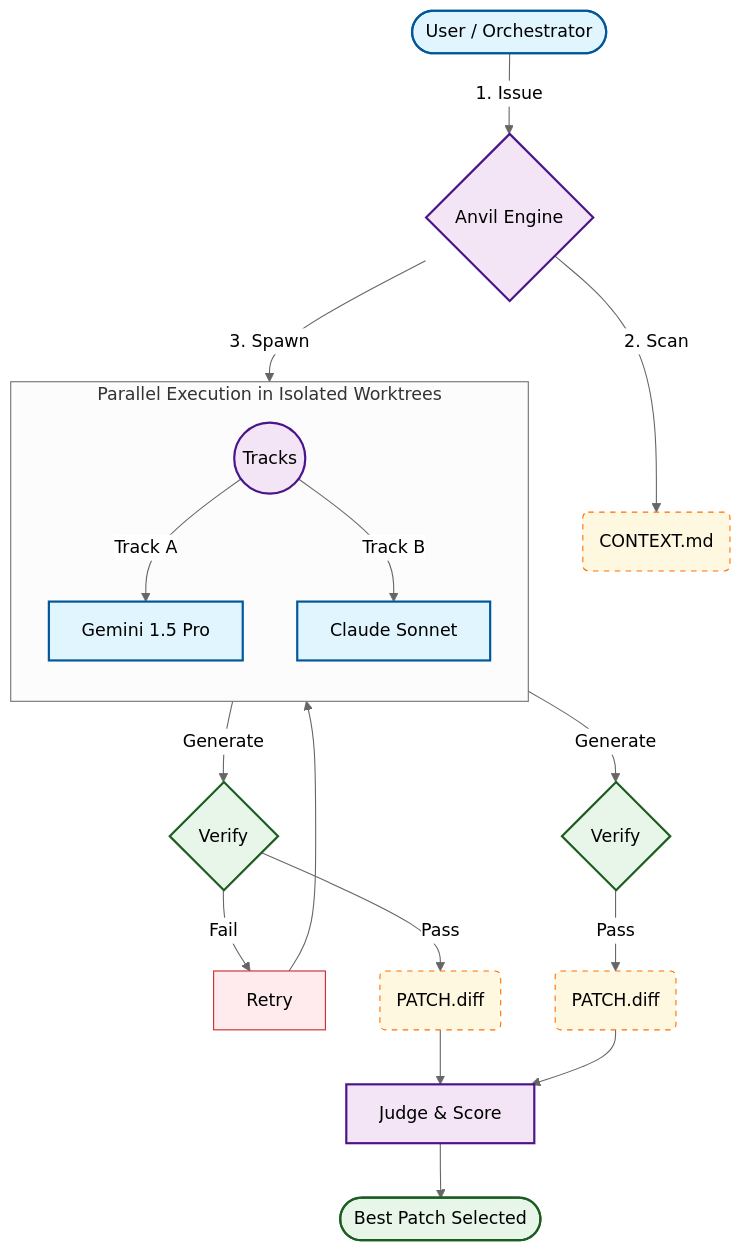
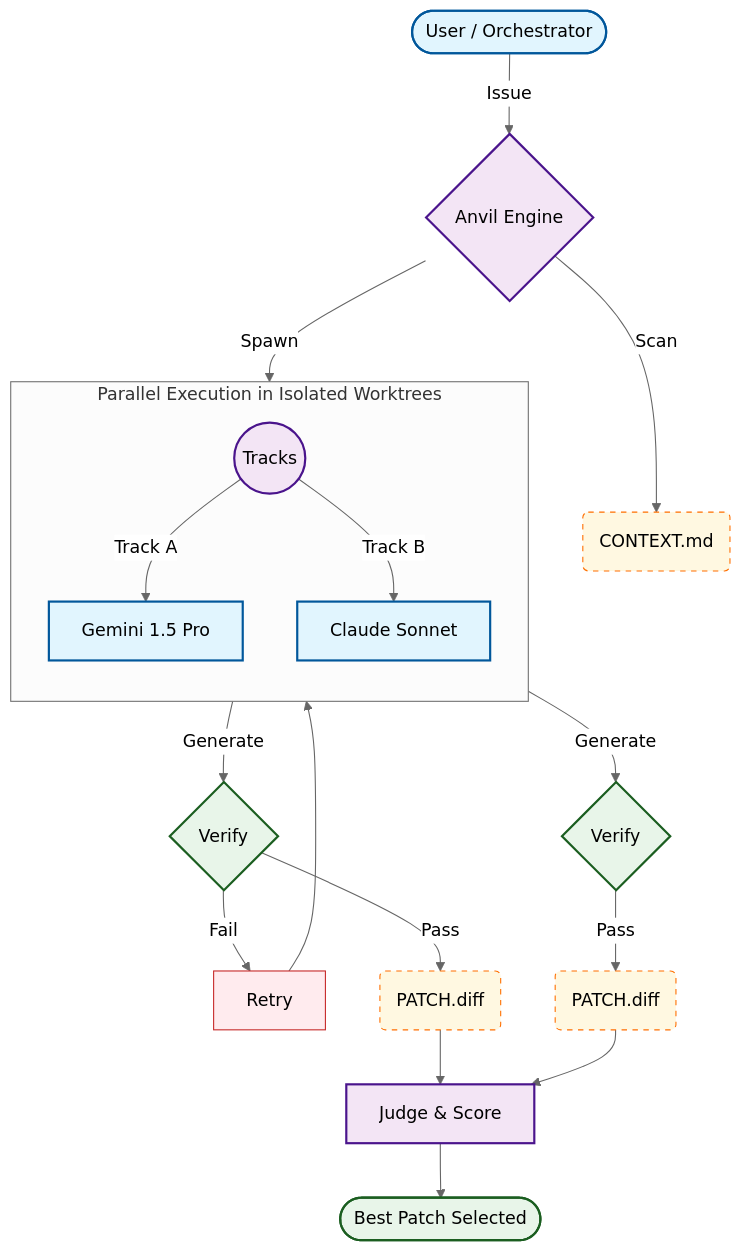
Before and after one commit to grahama1970/anvil: the diagram in README.md, drawn with Mermaid (neutral theme).

Commit message:
docs: sanitize mermaid labels (remove numbers, add quotes)

````diff
--- a/README.md
+++ b/README.md
@@ -50,42 +50,42 @@
 ```mermaid
 flowchart TD
     %% Nodes
-    User([User / Orchestrator])
-    Anvil{Anvil Engine}
-    Context(CONTEXT.md)
-    Judge[Judge & Score]
-    Winner([Best Patch Selected])
-    Dispatcher((Tracks))
+    User(["User / Orchestrator"])
+    Anvil{"Anvil Engine"}
+    Context("CONTEXT.md")
+    Judge["Judge & Score"]
+    Winner(["Best Patch Selected"])
+    Dispatcher(("Tracks"))
 
     %% Styles
     classDef actor fill:#e1f5fe,stroke:#01579b,stroke-width:2px,color:#000
     classDef process fill:#f3e5f5,stroke:#4a148c,stroke-width:2px,color:#000
     classDef file fill:#fff8e1,stroke:#ff6f00,stroke-width:1px,stroke-dasharray: 5 5,color:#000
     classDef decision fill:#e8f5e9,stroke:#1b5e20,stroke-width:2px,color:#000
     classDef fail fill:#ffebee,stroke:#c62828,stroke-width:1px,color:#000
 
     %% Main Flow
-    User:::actor -->|1. Issue| Anvil:::process
-    Anvil -->|2. Scan| Context:::file
-    Anvil -->|3. Spawn| Dispatcher:::process
+    User:::actor -->|"Issue"| Anvil:::process
+    Anvil -->|"Scan"| Context:::file
+    Anvil -->|"Spawn"| Dispatcher:::process
 
-    subgraph Worktrees [Parallel Execution in Isolated Worktrees]
+    subgraph Worktrees ["Parallel Execution in Isolated Worktrees"]
         direction TB
-        Dispatcher -->|Track A| Gemini[Gemini 1.5 Pro]:::actor
-        Dispatcher -->|Track B| Claude[Claude Sonnet]:::actor
+        Dispatcher -->|"Track A"| Gemini["Gemini 1.5 Pro"]:::actor
+        Dispatcher -->|"Track B"| Claude["Claude Sonnet"]:::actor
     end
 
     %% Track A Cycle
-    Gemini -->|Generate| VerifyG{Verify}:::decision
-    VerifyG -->|Fail| RetryG[Retry]:::fail
+    Gemini -->|"Generate"| VerifyG{"Verify"}:::decision
+    VerifyG -->|"Fail"| RetryG["Retry"]:::fail
     RetryG --> Gemini
-    VerifyG -->|Pass| PatchG(PATCH.diff):::file
+    VerifyG -->|"Pass"| PatchG("PATCH.diff"):::file
 
     %% Track B Cycle
-    Claude -->|Generate| VerifyC{Verify}:::decision
-    VerifyC -->|Pass| PatchC(PATCH.diff):::file
+    Claude -->|"Generate"| VerifyC{"Verify"}:::decision
+    VerifyC -->|"Pass"| PatchC("PATCH.diff"):::file
 
     %% Merging
     PatchG & PatchC --> Judge:::process
     Judge --> Winner:::decision
 ```
````
